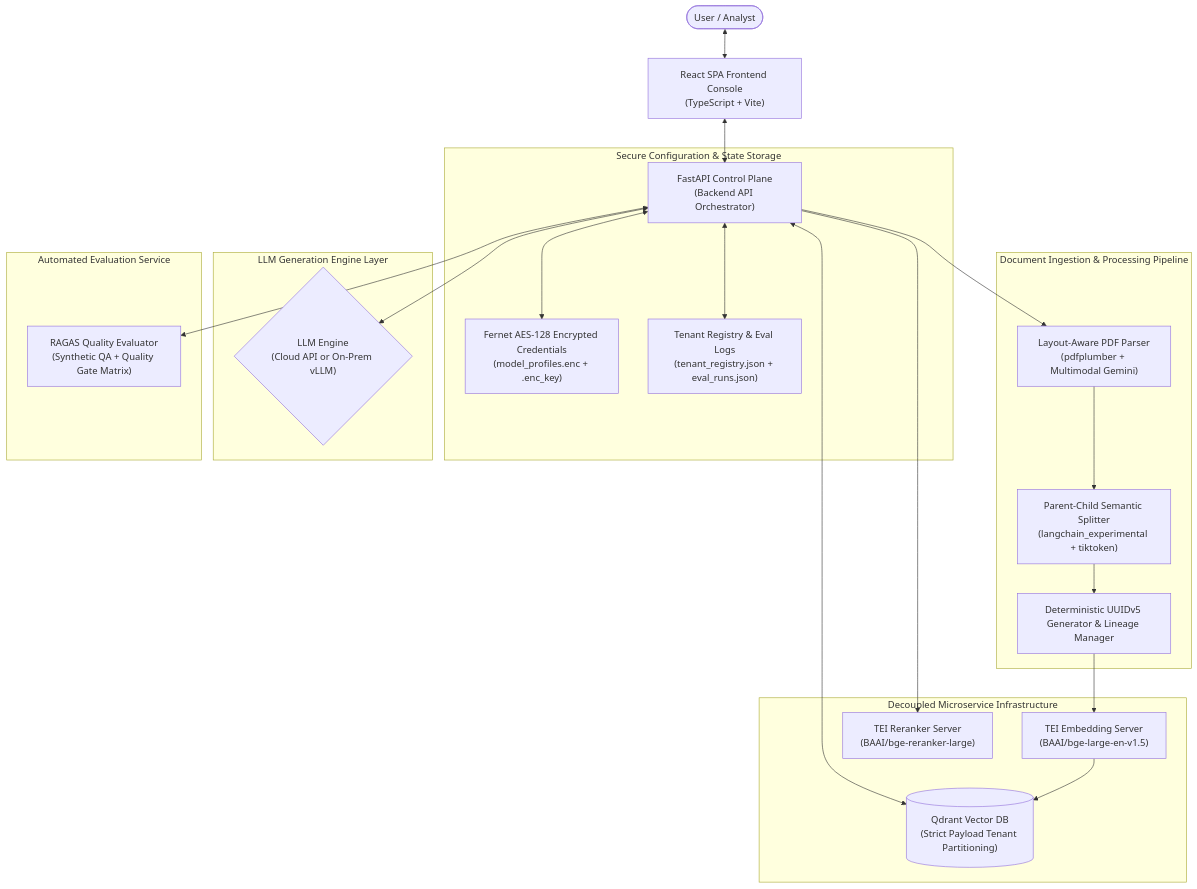
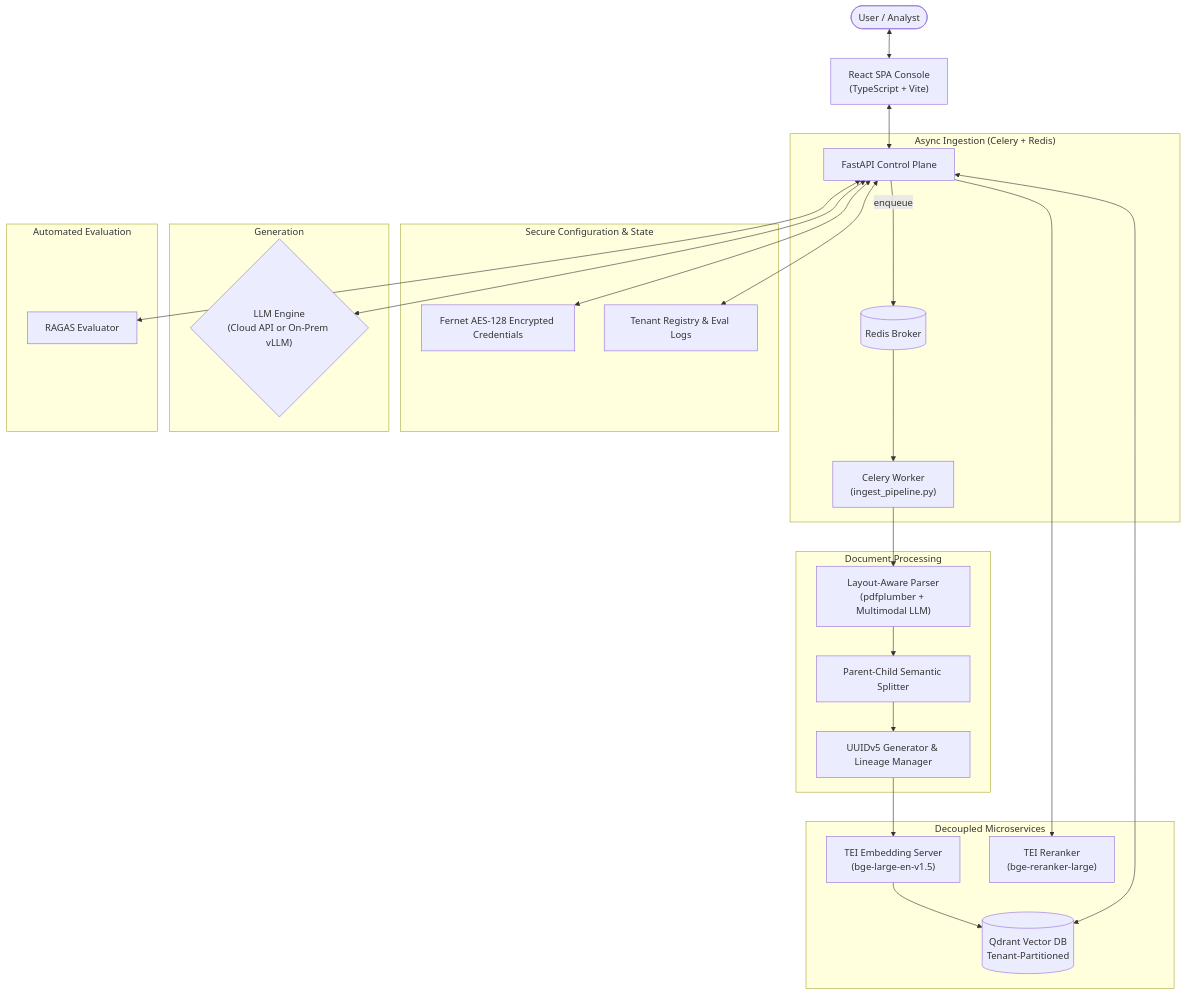
Before and after one commit to gpu-stack/Enterprise-AI-Fabric: the diagram in README.md, drawn with Mermaid. The commit also changed other lines of this file, not shown here.

````diff
--- a/README.md
+++ b/README.md
@@ -65,32 +77,36 @@
 ```mermaid
 graph TD
-    User([User / Analyst]) <--> ReactSPA["React SPA Frontend Console<br>(TypeScript + Vite)"]
-    ReactSPA <--> FastAPI["FastAPI Control Plane<br>(Backend API Orchestrator)"]
-    
-    subgraph Storage_Security ["Secure Configuration & State Storage"]
-        FastAPI <--> FernetEnc["Fernet AES-128 Encrypted Credentials<br>(model_profiles.enc + .enc_key)"]
-        FastAPI <--> TenantRegistry["Tenant Registry & Eval Logs<br>(tenant_registry.json + eval_runs.json)"]
+    User([User / Analyst]) <--> ReactSPA["React SPA Console<br>(TypeScript + Vite)"]
+    ReactSPA <--> FastAPI["FastAPI Control Plane"]
+
+    subgraph Async_Ingestion ["Async Ingestion (Celery + Redis)"]
+        FastAPI -->|enqueue| Redis[(Redis Broker)]
+        Redis --> CeleryWorker["Celery Worker<br>(ingest_pipeline.py)"]
     end
 
-    subgraph Processing_Layer ["Document Ingestion & Processing Pipeline"]
-        FastAPI --> LayoutParser["Layout-Aware PDF Parser<br>(pdfplumber + Multimodal Gemini)"]
-        LayoutParser --> SemanticSplitter["Parent-Child Semantic Splitter<br>(langchain_experimental + tiktoken)"]
-        SemanticSplitter --> UUIDGen["Deterministic UUIDv5 Generator & Lineage Manager"]
+    subgraph Storage_Security ["Secure Configuration & State"]
+        FastAPI <--> FernetEnc["Fernet AES-128 Encrypted Credentials"]
+        FastAPI <--> TenantRegistry["Tenant Registry & Eval Logs"]
     end
-    
-    subgraph Microservice_Infra ["Decoupled Microservice Infrastructure"]
-        UUIDGen --> TEI_Embed["TEI Embedding Server<br>(BAAI/bge-large-en-v1.5)"]
-        TEI_Embed --> QdrantDB[("Qdrant Vector DB<br>(Strict Payload Tenant Partitioning)")]
-        
+
+    subgraph Processing_Layer ["Document Processing"]
+        CeleryWorker --> LayoutParser["Layout-Aware Parser<br>(pdfplumber + Multimodal LLM)"]
+        LayoutParser --> SemanticSplitter["Parent-Child Semantic Splitter"]
+        SemanticSplitter --> UUIDGen["UUIDv5 Generator & Lineage Manager"]
+    end
+
+    subgraph Microservice_Infra ["Decoupled Microservices"]
+        UUIDGen --> TEI_Embed["TEI Embedding Server<br>(bge-large-en-v1.5)"]
+        TEI_Embed --> QdrantDB[("Qdrant Vector DB<br>Tenant-Partitioned")]
         FastAPI <--> QdrantDB
-        FastAPI --> TEI_Rerank["TEI Reranker Server<br>(BAAI/bge-reranker-large)"]
+        FastAPI --> TEI_Rerank["TEI Reranker<br>(bge-reranker-large)"]
     end
-    
-    subgraph LLM_Inference ["LLM Generation Engine Layer"]
+
+    subgraph LLM_Inference ["Generation"]
         FastAPI <--> LLM{"LLM Engine<br>(Cloud API or On-Prem vLLM)"}
     end
 
-    subgraph Quality_Audit ["Automated Evaluation Service"]
-        FastAPI <--> RagasEval["RAGAS Quality Evaluator<br>(Synthetic QA + Quality Gate Matrix)"]
+    subgraph Quality_Audit ["Automated Evaluation"]
+        FastAPI <--> RagasEval["RAGAS Evaluator"]
     end
 ```
````
